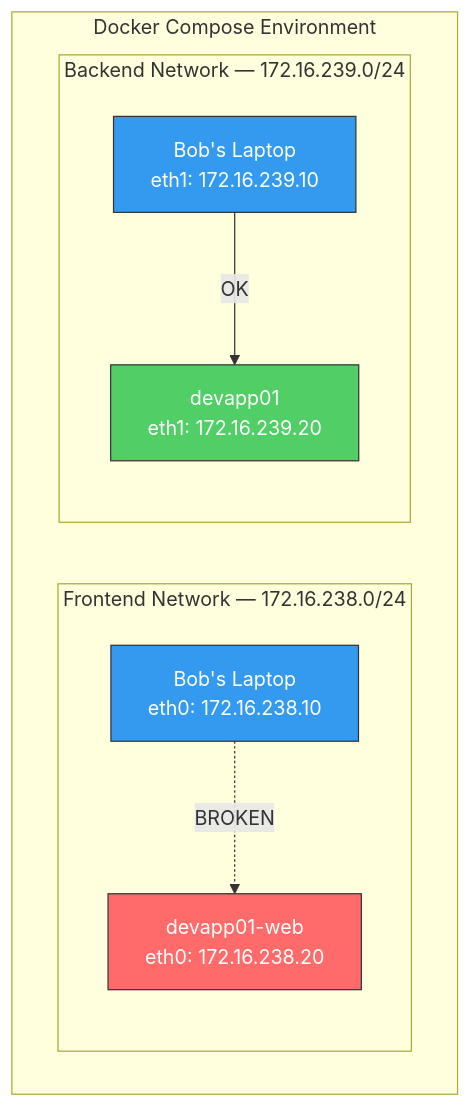
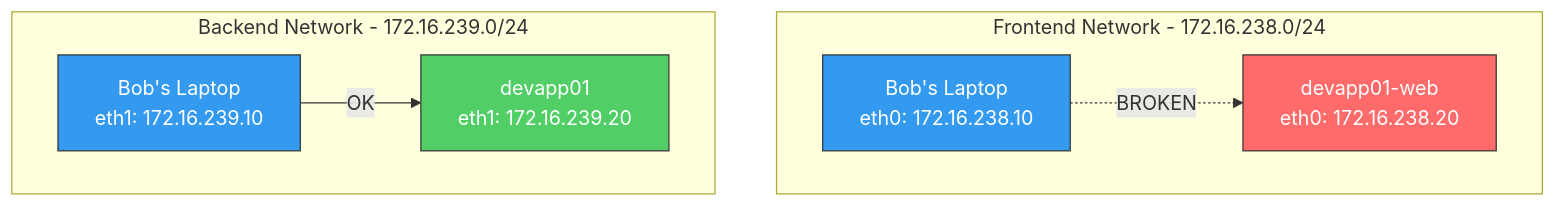
The diagram in 07-networking/README.md (gamaware/system-design-course), drawn with Mermaid before and after one commit. The commit also changed other lines of this file, not shown here.

Commit message:
fix: simplify Mermaid diagram layout and shorten alt text

````diff
--- a/07-networking/README.md
+++ b/07-networking/README.md
@@ -31,22 +31,20 @@
 ```mermaid
 graph TB
-    subgraph docker["Docker Compose Environment"]
-        subgraph frontend["Frontend Network — 172.16.238.0/24"]
-            BOB_FE["Bob's Laptop<br/>eth0: 172.16.238.10"]
-            SRV_FE["devapp01-web<br/>eth0: 172.16.238.20"]
-        end
+    subgraph frontend["Frontend Network - 172.16.238.0/24"]
+        BOB_FE["Bob's Laptop<br/>eth0: 172.16.238.10"]
+        SRV_FE["devapp01-web<br/>eth0: 172.16.238.20"]
+    end
 
-        subgraph backend["Backend Network — 172.16.239.0/24"]
-            BOB_BE["Bob's Laptop<br/>eth1: 172.16.239.10"]
-            SRV_BE["devapp01<br/>eth1: 172.16.239.20"]
-        end
+    subgraph backend["Backend Network - 172.16.239.0/24"]
+        BOB_BE["Bob's Laptop<br/>eth1: 172.16.239.10"]
+        SRV_BE["devapp01<br/>eth1: 172.16.239.20"]
     end
 
     BOB_FE -."BROKEN".-> SRV_FE
     BOB_BE --"OK"--> SRV_BE
 
     style SRV_FE fill:#ff6b6b,stroke:#333,color:#fff
     style SRV_BE fill:#51cf66,stroke:#333,color:#fff
     style BOB_FE fill:#339af0,stroke:#333,color:#fff
     style BOB_BE fill:#339af0,stroke:#333,color:#fff
 ```
````
